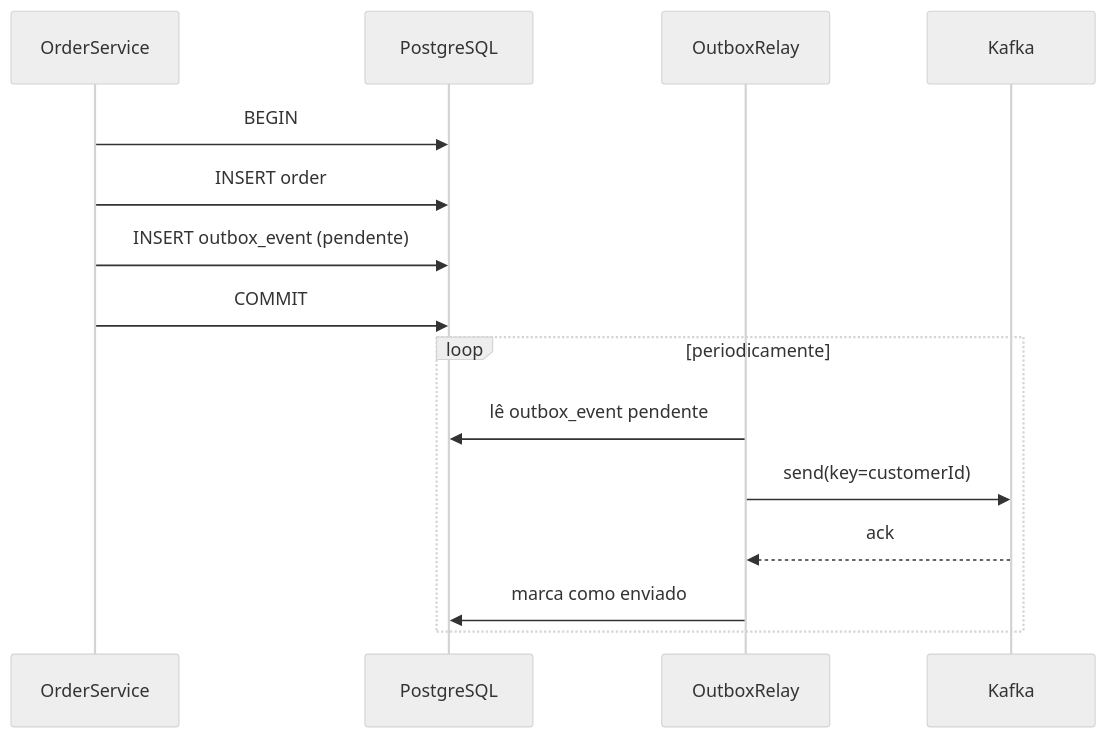
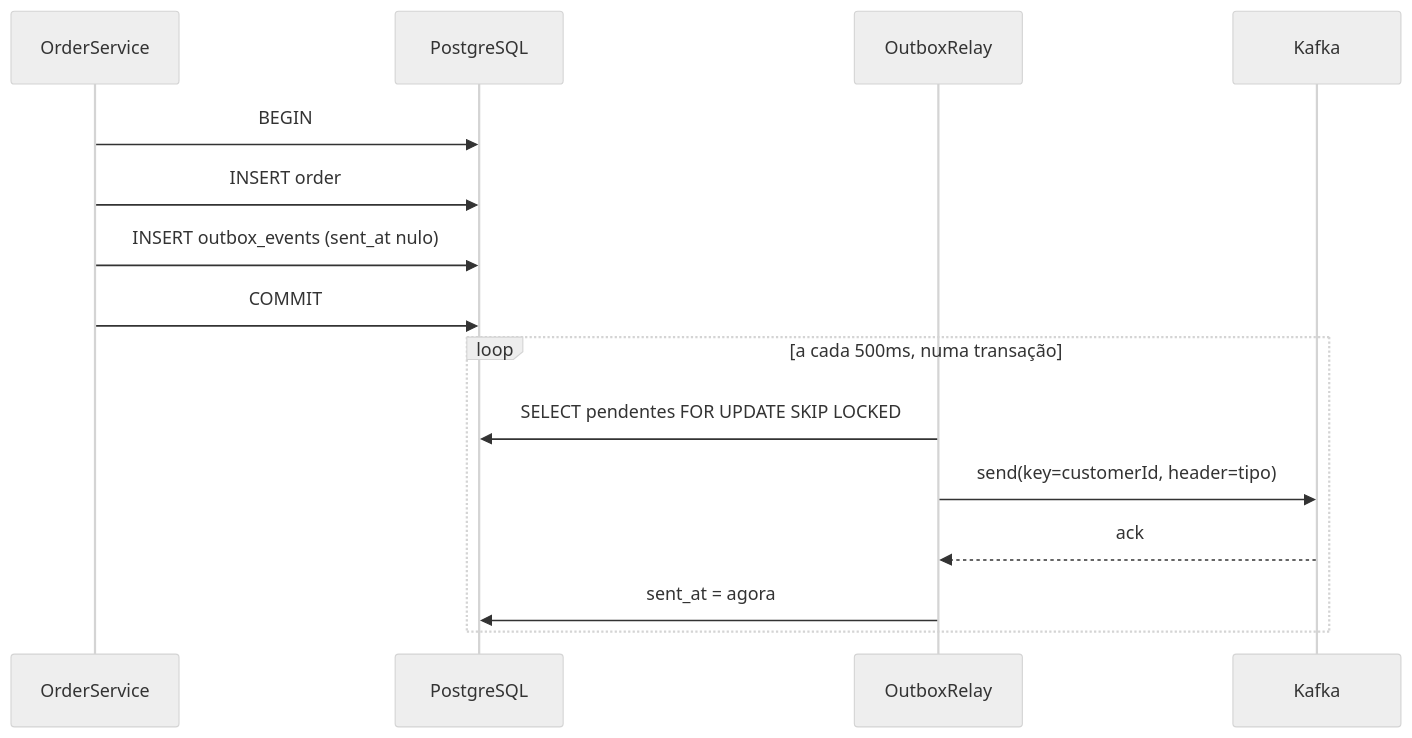
One commit to GiovaniCancherini/sales-events-java changed the fourth of 6 diagrams in docs/architecture.md. Above: the diagram before and after it, drawn with Mermaid (neutral theme). The commit also changed other lines of this file and 5 other files, not shown here.

````diff
--- a/docs/architecture.md
+++ b/docs/architecture.md
@@ -95,17 +95,17 @@
 ```mermaid
 sequenceDiagram
     participant S as OrderService
     participant DB as PostgreSQL
     participant R as OutboxRelay
     participant K as Kafka
     S->>DB: BEGIN
     S->>DB: INSERT order
-    S->>DB: INSERT outbox_event (pendente)
+    S->>DB: INSERT outbox_events (sent_at nulo)
     S->>DB: COMMIT
-    loop periodicamente
-        R->>DB: lê outbox_event pendente
-        R->>K: send(key=customerId)
+    loop a cada 500ms, numa transação
+        R->>DB: SELECT pendentes FOR UPDATE SKIP LOCKED
+        R->>K: send(key=customerId, header=tipo)
         K-->>R: ack
-        R->>DB: marca como enviado
+        R->>DB: sent_at = agora
     end
 ```
````
